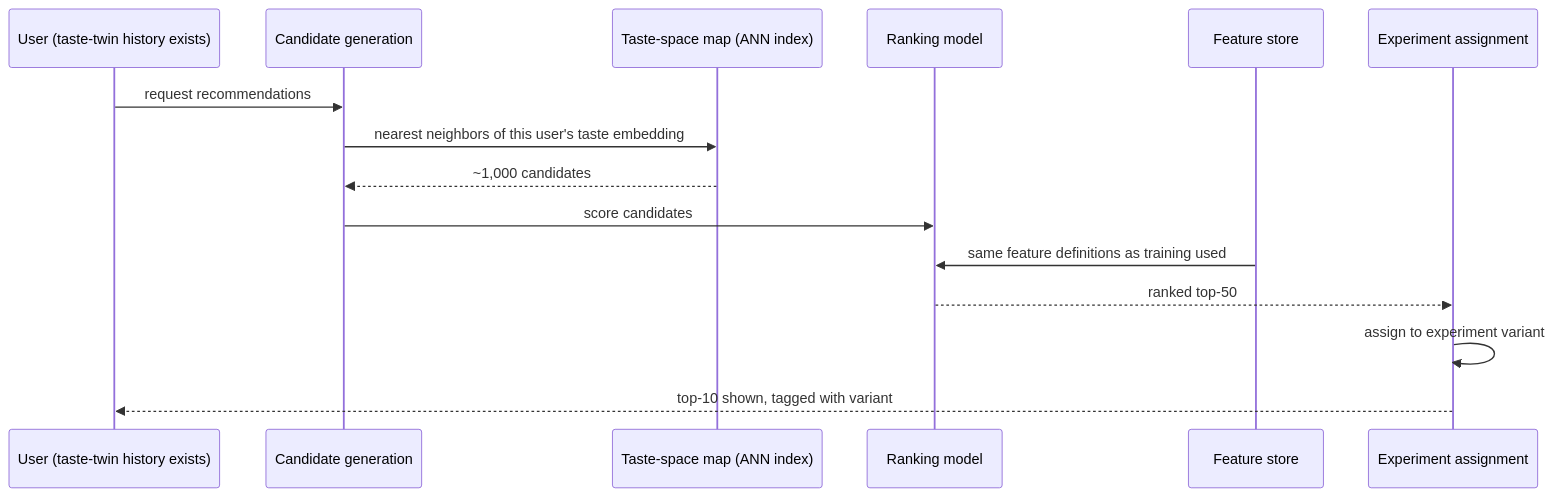
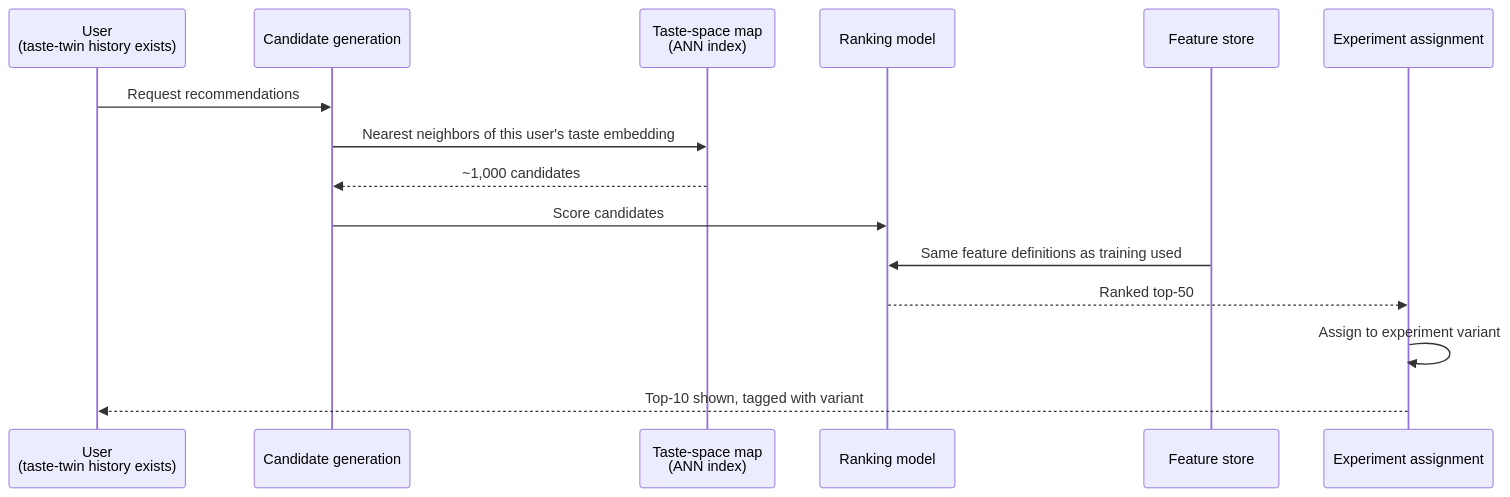
Diagram 12 of 15 in system-design/HLD/0-course/59-Design-a-Recommendation-Engine-Netflix-YouTube-FAANG-Guide-story.md (riyaz-pasha/Learnings), drawn with Mermaid before and after one commit. The commit also changed other lines of this file and 1 other file, not shown here.

Commit message:
[REWRITE] Recommendation Engine story guide: simplify prose, add structure, fix diagrams

````diff
--- a/system-design/HLD/0-course/59-Design-a-Recommendation-Engine-Netflix-YouTube-FAANG-Guide-story.md
+++ b/system-design/HLD/0-course/59-Design-a-Recommendation-Engine-Netflix-YouTube-FAANG-Guide-story.md
@@ -275,18 +600,18 @@
 ```mermaid
 sequenceDiagram
-    participant User as User (taste-twin history exists)
+    participant User as User<br/>(taste-twin history exists)
     participant CandGen as Candidate generation
-    participant ANN as Taste-space map (ANN index)
+    participant ANN as Taste-space map<br/>(ANN index)
     participant Rank as Ranking model
     participant FS as Feature store
     participant Exp as Experiment assignment
 
-    User->>CandGen: request recommendations
-    CandGen->>ANN: nearest neighbors of this user's taste embedding
+    User->>CandGen: Request recommendations
+    CandGen->>ANN: Nearest neighbors of this user's taste embedding
     ANN-->>CandGen: ~1,000 candidates
-    CandGen->>Rank: score candidates
-    FS->>Rank: same feature definitions as training used
-    Rank-->>Exp: ranked top-50
-    Exp->>Exp: assign to experiment variant
-    Exp-->>User: top-10 shown, tagged with variant
+    CandGen->>Rank: Score candidates
+    FS->>Rank: Same feature definitions as training used
+    Rank-->>Exp: Ranked top-50
+    Exp->>Exp: Assign to experiment variant
+    Exp-->>User: Top-10 shown, tagged with variant
 ```
````
